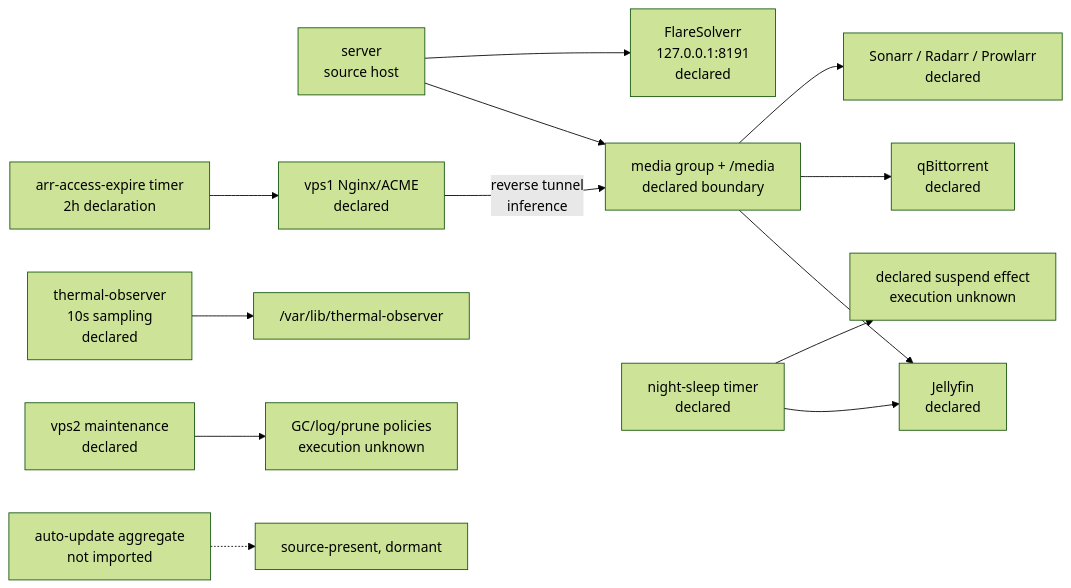
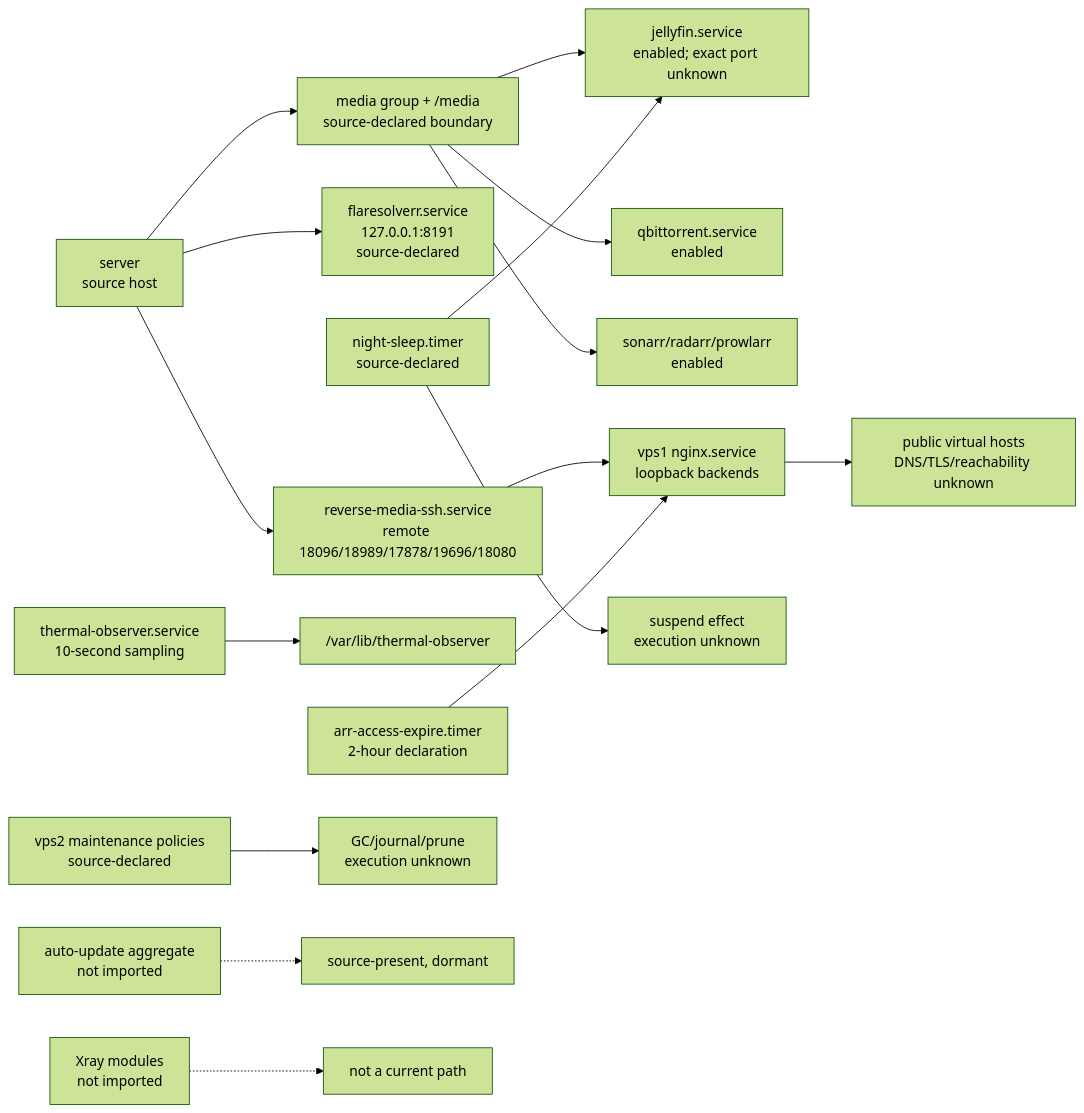
The diagram in docs/diagrams/service-dependencies.mmd (Eg-Smirnov/NixOS-Config), drawn with Mermaid (forest theme) before and after one commit. The commit also changed 14 other files, not shown here.

```diff
--- a/docs/diagrams/service-dependencies.mmd
+++ b/docs/diagrams/service-dependencies.mmd
@@ -1,13 +1,21 @@
+%% Source labels: docs/architecture/services.md, docs/architecture/vpn-and-tunnels.md
+%% Source files: modules/server/default imports, modules/server/reverse-ssh.nix, modules/vps/media-gateway.nix
 flowchart LR
-  Server["server\nsource host"] --> Media["media group + /media\ndeclared boundary"]
-  Media --> Jellyfin["Jellyfin\ndeclared"]
-  Media --> QB["qBittorrent\ndeclared"]
-  Media --> Arr["Sonarr / Radarr / Prowlarr\ndeclared"]
-  Server --> FS["FlareSolverr\n127.0.0.1:8191\ndeclared"]
-  Night["night-sleep timer\ndeclared"] --> Jellyfin
-  Night --> Suspend["declared suspend effect\nexecution unknown"]
-  Thermal["thermal-observer\n10s sampling\ndeclared"] --> ThermalData["/var/lib/thermal-observer"]
-  VPS1["vps1 Nginx/ACME\ndeclared"] -->|reverse tunnel\ninference| Media
-  ArrTimer["arr-access-expire timer\n2h declaration"] --> VPS1
-  VPS2["vps2 maintenance\ndeclared"] --> Retention["GC/log/prune policies\nexecution unknown"]
+  Server["server\nsource host"] --> Media["media group + /media\nsource-declared boundary"]
+  Media --> Jellyfin["jellyfin.service\nenabled; exact port unknown"]
+  Media --> QB["qbittorrent.service\nenabled"]
+  Media --> Arr["sonarr/radarr/prowlarr\nenabled"]
+  Server --> FS["flaresolverr.service\n127.0.0.1:8191\nsource-declared"]
+
+  Server --> Reverse["reverse-media-ssh.service\nremote 18096/18989/17878/19696/18080"]
+  Reverse --> Gateway["vps1 nginx.service\nloopback backends"]
+  Gateway --> Public["public virtual hosts\nDNS/TLS/reachability unknown"]
+
+  Night["night-sleep.timer\nsource-declared"] --> Jellyfin
+  Night --> Suspend["suspend effect\nexecution unknown"]
+  Thermal["thermal-observer.service\n10-second sampling"] --> ThermalData["/var/lib/thermal-observer"]
+  ArrTimer["arr-access-expire.timer\n2-hour declaration"] --> Gateway
+  VPS2["vps2 maintenance policies\nsource-declared"] --> Retention["GC/journal/prune\nexecution unknown"]
+
   Auto["auto-update aggregate\nnot imported"] -.-> Dormant["source-present, dormant"]
+  Xray["Xray modules\nnot imported"] -.-> Unsupported["not a current path"]
```
